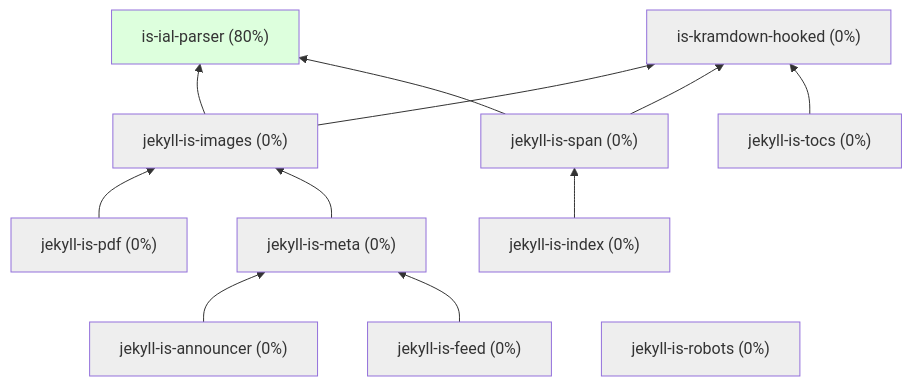
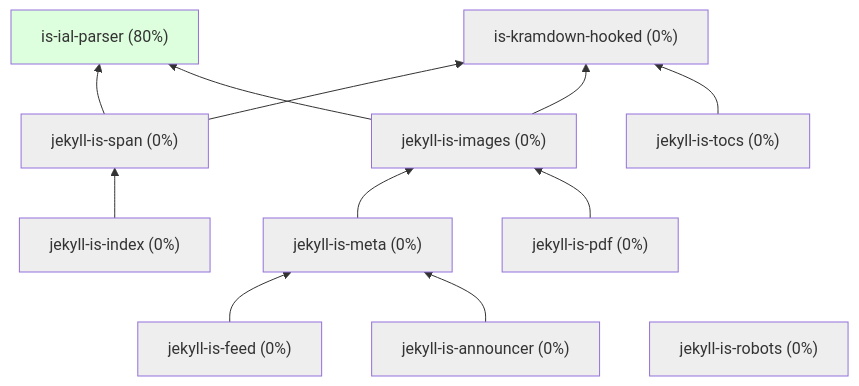
The diagram in profile/README.md (jekyll-is/.github), drawn with Mermaid before and after one commit. The commit also changed other lines of this file, not shown here.

````diff
--- a/profile/README.md
+++ b/profile/README.md
@@ -3,43 +3,43 @@
 ```mermaid
 graph BT
   ial["is-ial-parser (80%)"]
   kramdown["is-kramdown-hooked (0%)"]
+  tocs["jekyll-is-tocs (0%)"] --> kramdown
   images["jekyll-is-images (0%)"] --> ial
   images --> kramdown
   announcer["jekyll-is-announcer (0%)"] --> meta
   pdf["jekyll-is-pdf (0%)"] --> images
   meta["jekyll-is-meta (0%)"] --> images
   feed["jekyll-is-feed (0%)"] --> meta
   span["jekyll-is-span (0%)"] --> ial
   index["jekyll-is-index (0%)"] --> span
   span --> kramdown
-  tocs["jekyll-is-tocs (0%)"] --> kramdown
   robots["jekyll-is-robots (0%)"]
 
 click ial "https://github.com/jekyll-is/is-ial-parser"
 click kramdown "https://github.com/jekyll-is/is-kramdown-hooked"
 click announcer "https://github.com/jekyll-is/jekyll-is-announcer"
 click images "https://github.com/jekyll-is/jekyll-is-images"
 click robots "https://github.com/jekyll-is/jekyll-is-robots"
 click meta "https://github.com/jekyll-is/jekyll-is-meta"
 click pdf "https://github.com/jekyll-is/jekyll-is-pdf"
 click tocs "https://github.com/jekyll-is/jekyll-is-tocs"
 click feed "https://github.com/jekyll-is/jekyll-is-feed"
 click index "https://github.com/jekyll-is/jekyll-is-index"
 click span "https://github.com/jekyll-is/jekyll-is-span"
 
 classDef green fill:#DFD
 classDef gray fill:#EEE
 
 class ial green
 class kramdown gray
 class images gray
 class announcer gray
 class pdf gray
 class span gray
 class index gray
 class feed gray
 class meta gray
 class robots gray
 class tocs gray
 ```
````
